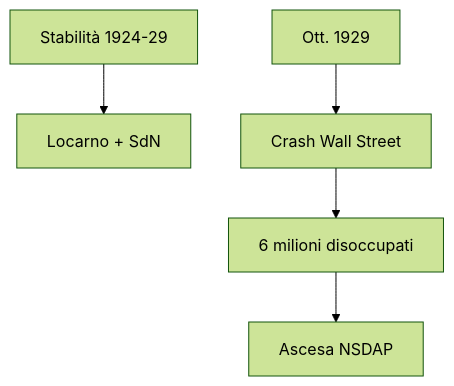
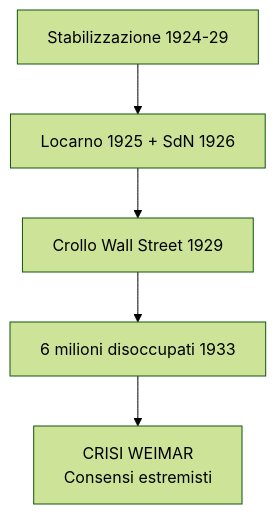
Before and after one commit to riccardo-algorime/appunti-5Bsa: the first of 6 diagrams in storia/materiale/studio/capitolo_3.11_ripasso.md, drawn with Mermaid (forest theme). The commit also changed other lines of this file and 5 other files, not shown here.

````diff
--- a/storia/materiale/studio/capitolo_3.11_ripasso.md
+++ b/storia/materiale/studio/capitolo_3.11_ripasso.md
@@ -47,7 +33,7 @@
 ```mermaid
 flowchart TD
-    A[Stabilità 1924-29] --> B[Locarno + SdN]
-    C[Ott. 1929] --> D[Crash Wall Street]
-    D --> E[6 milioni disoccupati]
-    E --> F[Ascesa NSDAP]
+    A[Stabilizzazione 1924-29] --> B[Locarno 1925 + SdN 1926]
+    B --> C[Crollo Wall Street 1929]
+    C --> D[6 milioni disoccupati 1933]
+    D --> E[CRISI WEIMAR<br/>Consensi estremisti]
 ```
````
